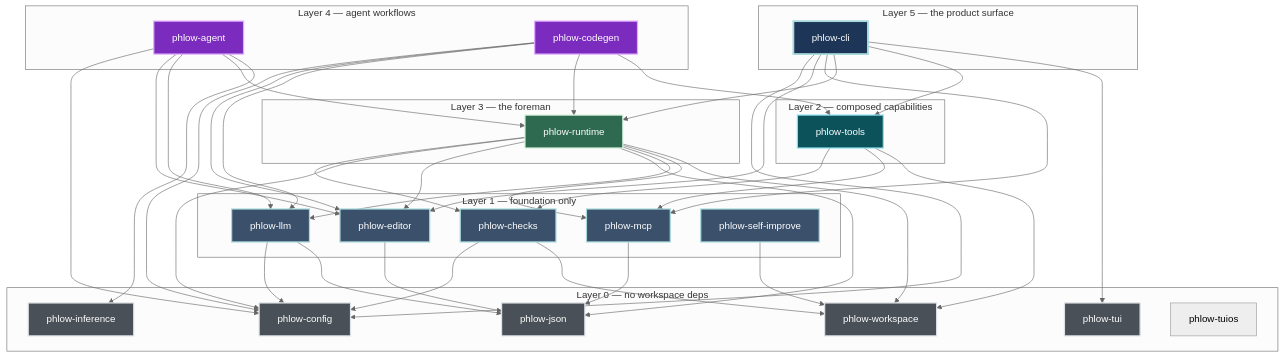
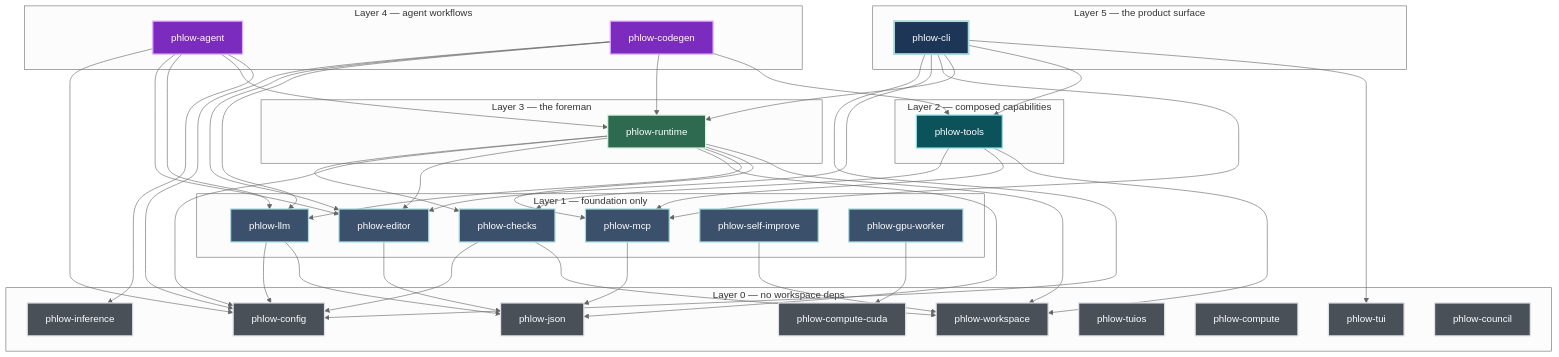
The second of 5 diagrams in docs/ARCHITECTURE.md (qompassai/phlow), drawn with Mermaid (neutral theme) before and after one commit. The commit also changed other lines of this file and 51 other files, not shown here.

First line of the commit message:
NVlabs GPU-compute concepts: phlow-compute, phlow-compute-cuda, phlow-gpu-worker, phlow-council

```diff
--- a/docs/ARCHITECTURE.md
+++ b/docs/ARCHITECTURE.md
@@ -156,6 +157,9 @@
         inf["phlow-inference"]
         tui["phlow-tui"]
         tio["phlow-tuios"]
+        cmp["phlow-compute"]
+        cda["phlow-compute-cuda"]
+        cnc["phlow-council"]
     end
 
     subgraph L1["Layer 1 — foundation only"]
@@ -164,6 +168,7 @@
         mcp["phlow-mcp"]
         edt["phlow-editor"]
         sim["phlow-self-improve"]
+        gpw["phlow-gpu-worker"]
     end
 
     subgraph L2["Layer 2 — composed capabilities"]
@@ -194,6 +199,7 @@
     tls --> mcp
     tls --> wsp
     sim --> wsp
+    gpw --> cda
 
     rt --> chk
     rt --> cfg
@@ -221,8 +227,8 @@
     cli --> tls
     cli --> tui
 
-    class cfg,jsn,wsp,inf,tui l0
-    class chk,llm,mcp,edt,sim l1
+    class cfg,jsn,wsp,inf,tui,tio,cmp,cda,cnc l0
+    class chk,llm,mcp,edt,sim,gpw l1
     class tls l2
     class rt l3
     class agt,cgen l4
```
